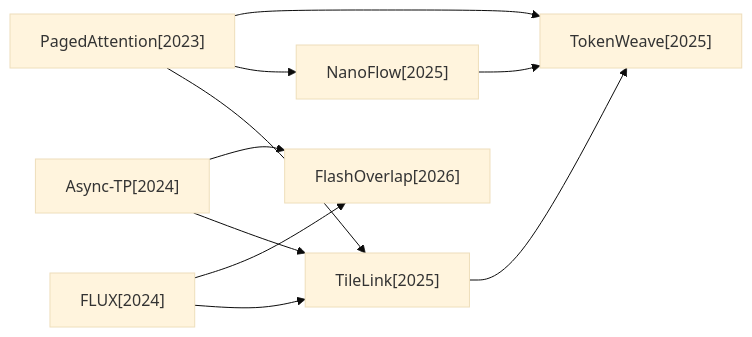
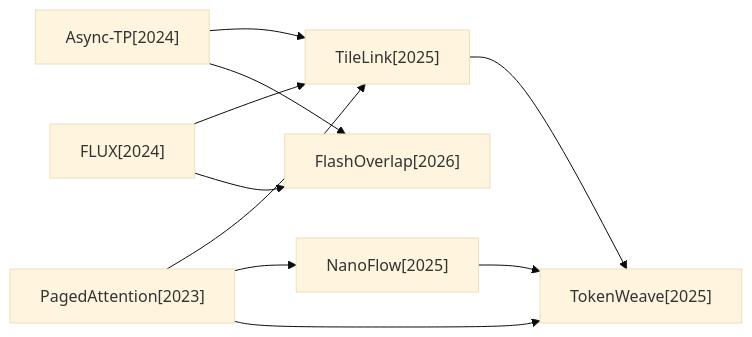
The first of 5 diagrams in docs/baseline_methods_graph.md (hustzxd/EfficientPaper), drawn with Mermaid (base theme) before and after one commit. The commit also changed other lines of this file and 19 other files, not shown here.

````diff
--- a/docs/baseline_methods_graph.md
+++ b/docs/baseline_methods_graph.md
@@ -7,19 +7,19 @@
 ```mermaid
 flowchart LR
+    2024_Async_TP["Async-TP[2024]"]
+    2025_TokenWeave["TokenWeave[2025]"]
     2025_TileLink["TileLink[2025]"]
-    2025_TokenWeave["TokenWeave[2025]"]
+    2023_PagedAttention["PagedAttention[2023]"]
     2024_FLUX["FLUX[2024]"]
-    2023_PagedAttention["PagedAttention[2023]"]
+    2026_FlashOverlap["FlashOverlap[2026]"]
     2025_NanoFlow["NanoFlow[2025]"]
-    2024_Async_TP["Async-TP[2024]"]
-    2026_FlashOverlap["FlashOverlap[2026]"]
+    2024_Async_TP --> 2025_TileLink
+    2024_Async_TP --> 2026_FlashOverlap
     2025_TileLink --> 2025_TokenWeave
-    2024_FLUX --> 2025_TileLink
-    2024_FLUX --> 2026_FlashOverlap
     2023_PagedAttention --> 2025_TileLink
     2023_PagedAttention --> 2025_NanoFlow
     2023_PagedAttention --> 2025_TokenWeave
+    2024_FLUX --> 2025_TileLink
+    2024_FLUX --> 2026_FlashOverlap
     2025_NanoFlow --> 2025_TokenWeave
-    2024_Async_TP --> 2025_TileLink
-    2024_Async_TP --> 2026_FlashOverlap
 ```
````
